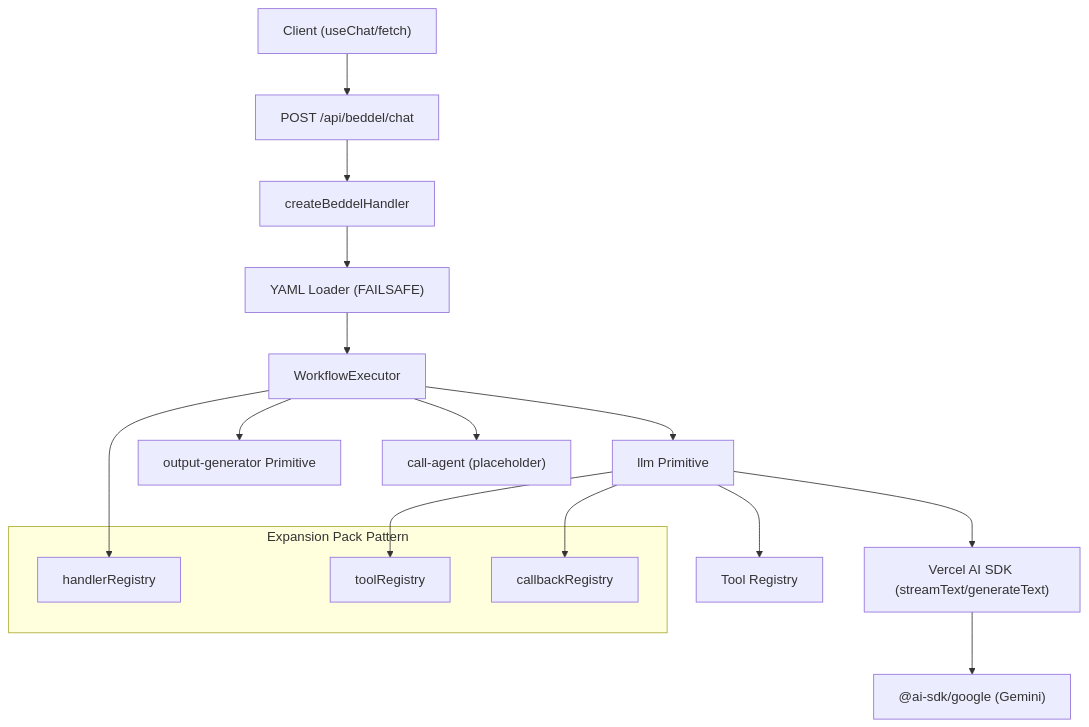
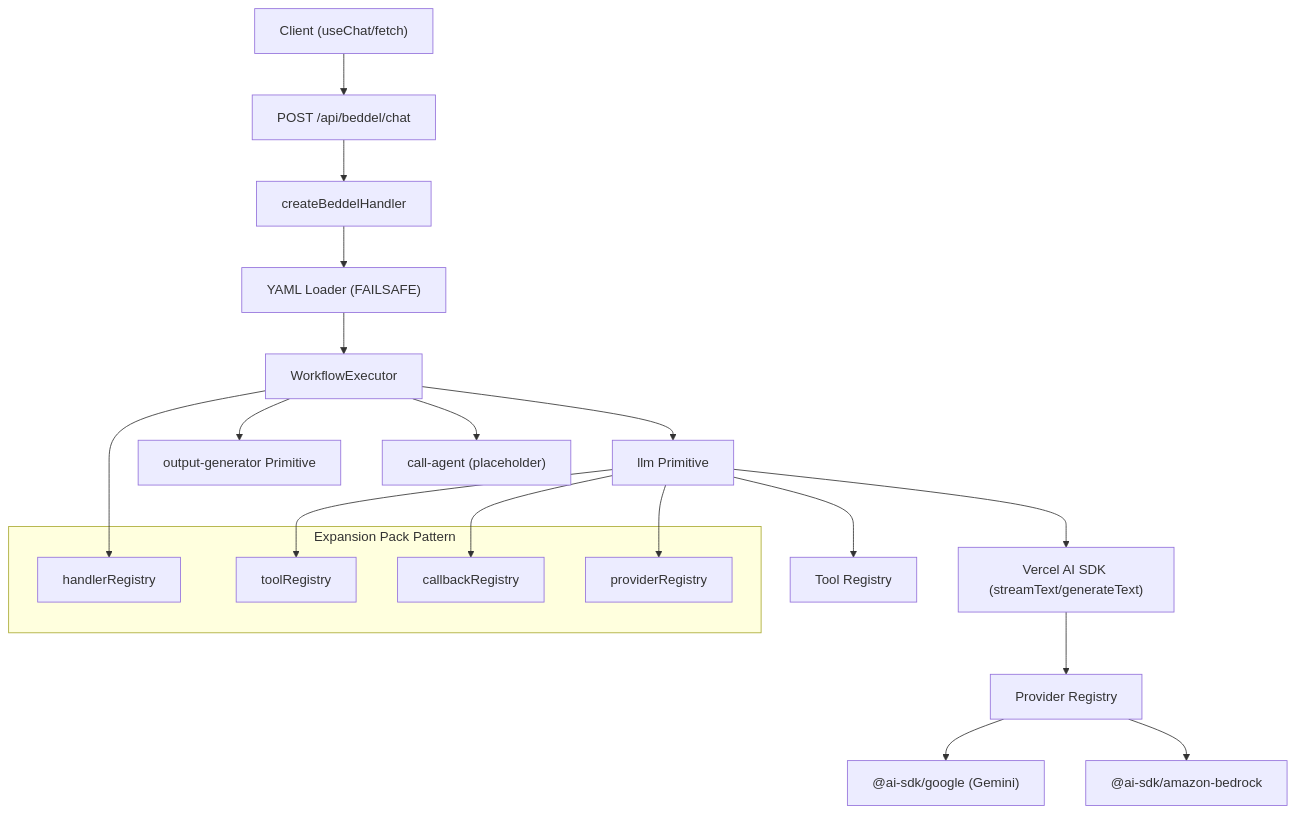
One commit to botanarede/beddel-chat changed the diagram in packages/beddel/docs/architecture/high-level-architecture.md. Above: the diagram before and after it, drawn with Mermaid. The commit also changed other lines of this file and 7 other files, not shown here.

First line of the commit message:
docs: update architecture and add Bedrock provider documentation

````diff
--- a/packages/beddel/docs/architecture/high-level-architecture.md
+++ b/packages/beddel/docs/architecture/high-level-architecture.md
@@ -36,23 +36,27 @@
 ```mermaid
 graph TD
     Client["Client (useChat/fetch)"] --> API["POST /api/beddel/chat"]
     API --> Handler["createBeddelHandler"]
     Handler --> Loader["YAML Loader (FAILSAFE)"]
     Loader --> Executor["WorkflowExecutor"]
     Executor --> LLM["llm Primitive"]
     Executor --> Output["output-generator Primitive"]
     Executor --> CallAgent["call-agent (placeholder)"]
     LLM --> SDK["Vercel AI SDK (streamText/generateText)"]
-    SDK --> Provider["@ai-sdk/google (Gemini)"]
+    SDK --> Provider["Provider Registry"]
+    Provider --> Google["@ai-sdk/google (Gemini)"]
+    Provider --> Bedrock["@ai-sdk/amazon-bedrock"]
     LLM --> Tools["Tool Registry"]
     
     subgraph "Expansion Pack Pattern"
         PrimitiveRegistry["handlerRegistry"]
         ToolRegistry["toolRegistry"]
         CallbackRegistry["callbackRegistry"]
+        ProviderRegistry["providerRegistry"]
     end
     
     Executor --> PrimitiveRegistry
     LLM --> ToolRegistry
     LLM --> CallbackRegistry
+    LLM --> ProviderRegistry
 ```
````
